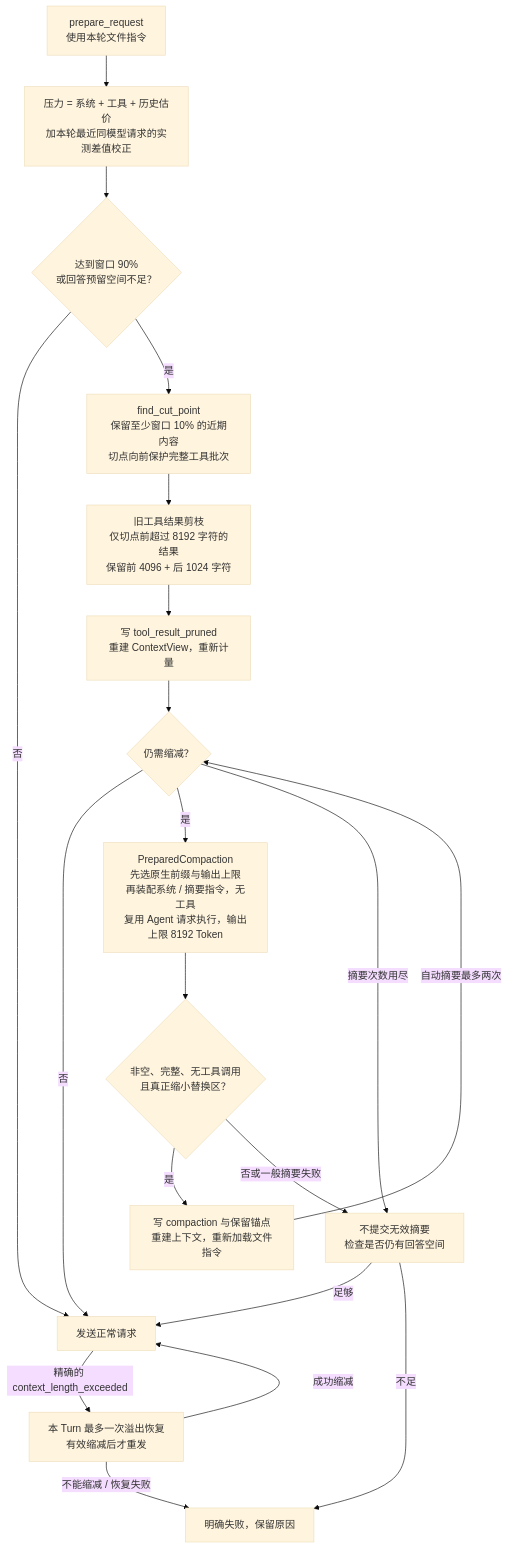
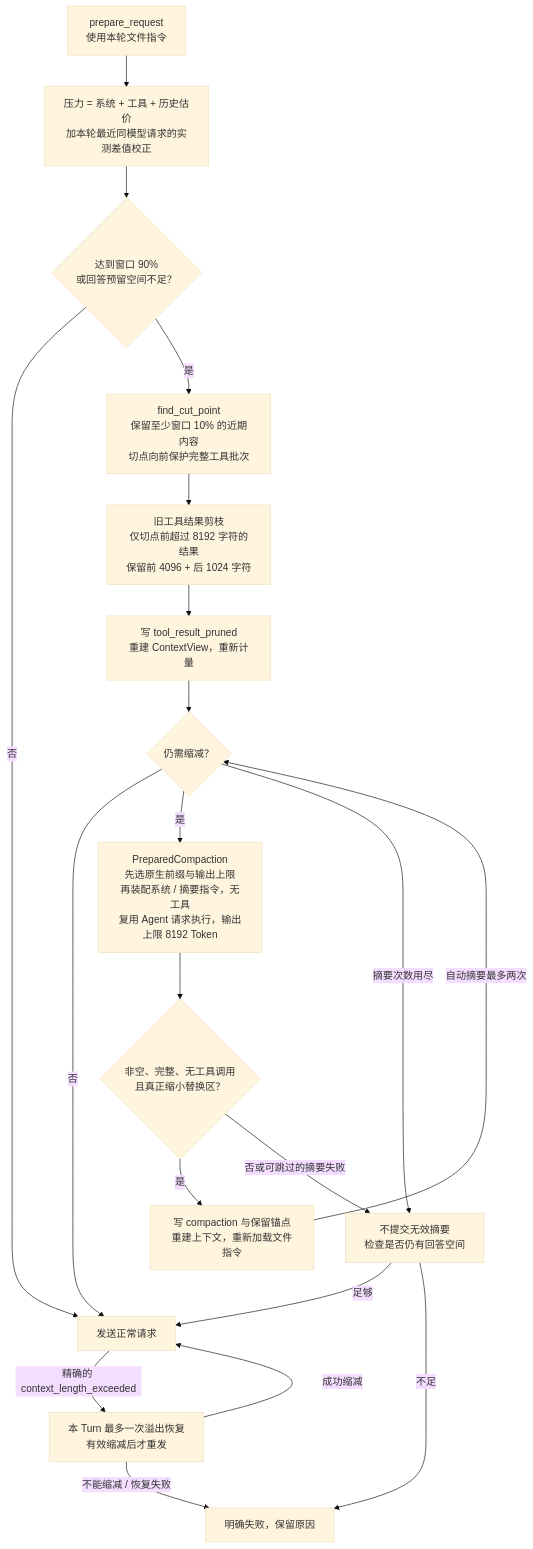
One commit to qjcnmd/singularity-agent changed diagram 23 of 29 in docs/singularity.md. Above: the diagram before and after it, drawn with Mermaid (base theme). The commit also changed other lines of this file and 52 other files, not shown here.

````diff
--- a/docs/singularity.md
+++ b/docs/singularity.md
@@ -615,22 +625,22 @@
 ```mermaid
 flowchart TB
     Start["prepare_request<br/>使用本轮文件指令"] --> Estimate["压力 = 系统 + 工具 + 历史估价<br/>加本轮最近同模型请求的实测差值校正"]
     Estimate --> Pressure{"达到窗口 90%<br/>或回答预留空间不足？"}
     Pressure -->|"否"| Send["发送正常请求"]
     Pressure -->|"是"| Cut["find_cut_point<br/>保留至少窗口 10% 的近期内容<br/>切点向前保护完整工具批次"]
     Cut --> Prune["旧工具结果剪枝<br/>仅切点前超过 8192 字符的结果<br/>保留前 4096 + 后 1024 字符"]
     Prune --> Measure["写 tool_result_pruned<br/>重建 ContextView，重新计量"]
     Measure --> Need{"仍需缩减？"}
     Need -->|"否"| Send
     Need -->|"是"| Summary["PreparedCompaction<br/>先选原生前缀与输出上限<br/>再装配系统 / 摘要指令，无工具<br/>复用 Agent 请求执行，输出上限 8192 Token"]
     Summary --> Valid{"非空、完整、无工具调用<br/>且真正缩小替换区？"}
     Valid -->|"是"| Commit["写 compaction 与保留锚点<br/>重建上下文，重新加载文件指令"]
     Commit -->|"自动摘要最多两次"| Need
-    Valid -->|"否或一般摘要失败"| Room["不提交无效摘要<br/>检查是否仍有回答空间"]
+    Valid -->|"否或可跳过的摘要失败"| Room["不提交无效摘要<br/>检查是否仍有回答空间"]
     Room -->|"足够"| Send
     Room -->|"不足"| Error["明确失败，保留原因"]
     Need -->|"摘要次数用尽"| Room
     Send -->|"精确的 context_length_exceeded"| Forced["本 Turn 最多一次溢出恢复<br/>有效缩减后才重发"]
     Forced -->|"成功缩减"| Send
     Forced -->|"不能缩减 / 恢复失败"| Error
 ```
````
